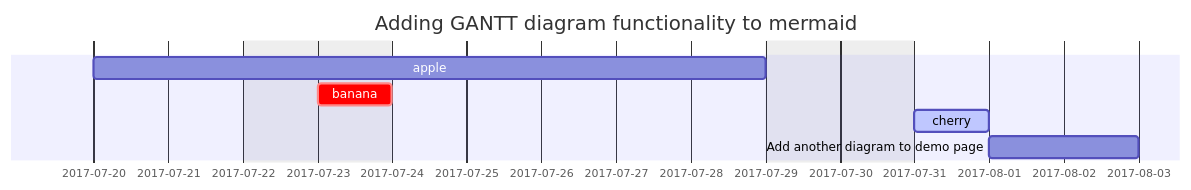
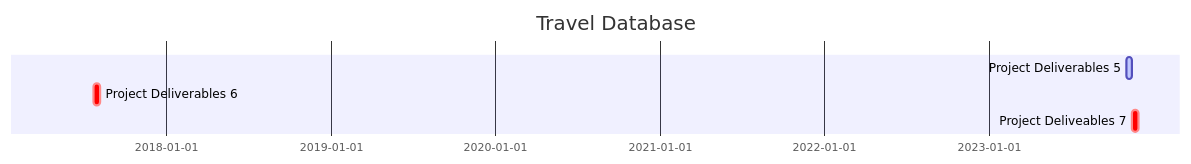
Before and after one commit to cmsc-vcu/cmsc508-fa2023-prj-traveldatabase-group: the second of 2 diagrams in DatabaseDesign.qmd, drawn with Mermaid.

Commit message:
schedule commit

````diff
--- a/DatabaseDesign.qmd
+++ b/DatabaseDesign.qmd
@@ -382,12 +382,9 @@
 ```{mermaid}
 gantt
-  dateFormat  YYYY-MM-DD
-    title       Adding GANTT diagram functionality to mermaid
-    excludes    weekends
-    %% (`excludes` accepts specific dates in YYYY-MM-DD format, days of the week ("sunday") or "weekends", but not the word "weekdays".)
+  dateFormat  2023-10-16
+    title       Travel Database
 
-    apple :a, 2017-07-20, 1w
-    banana :crit, b, 2017-07-23, 1d
-    cherry :active, c, after b a, 1d
-    Add another diagram to demo page    :48h
+     Project Deliverables 5 :active, a, 2023-11-02, 2w
+     Project Deliverables 6: crit, b, 2017-07-23, 2w
+    Project Deliveables 7 :crit, c, after b a, 2w
   ```
````
